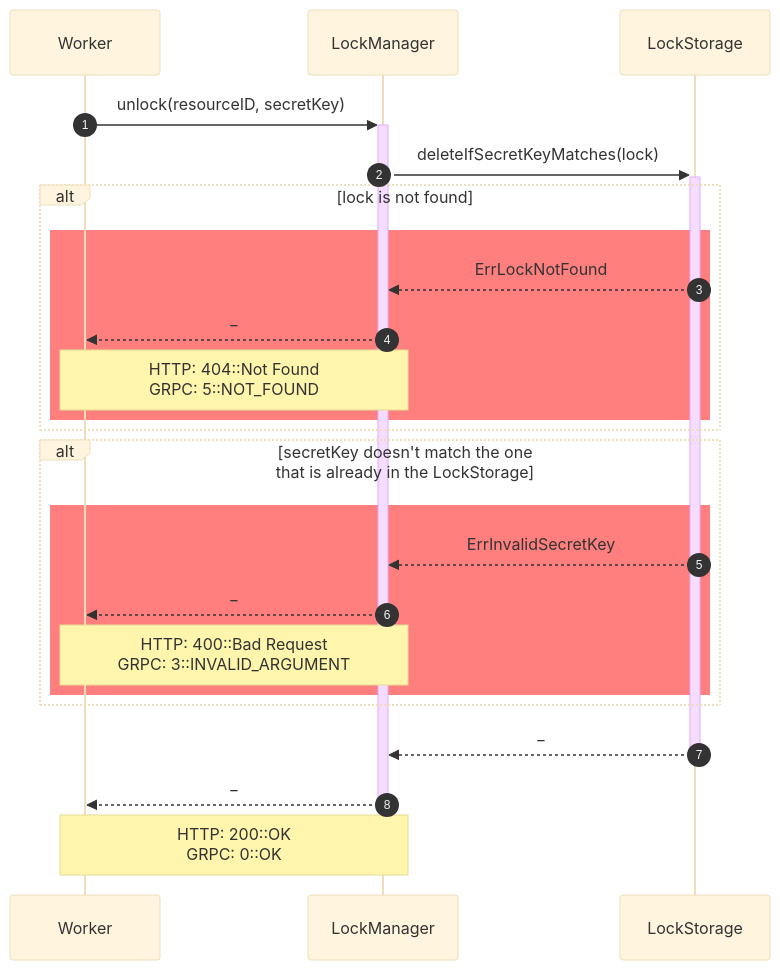
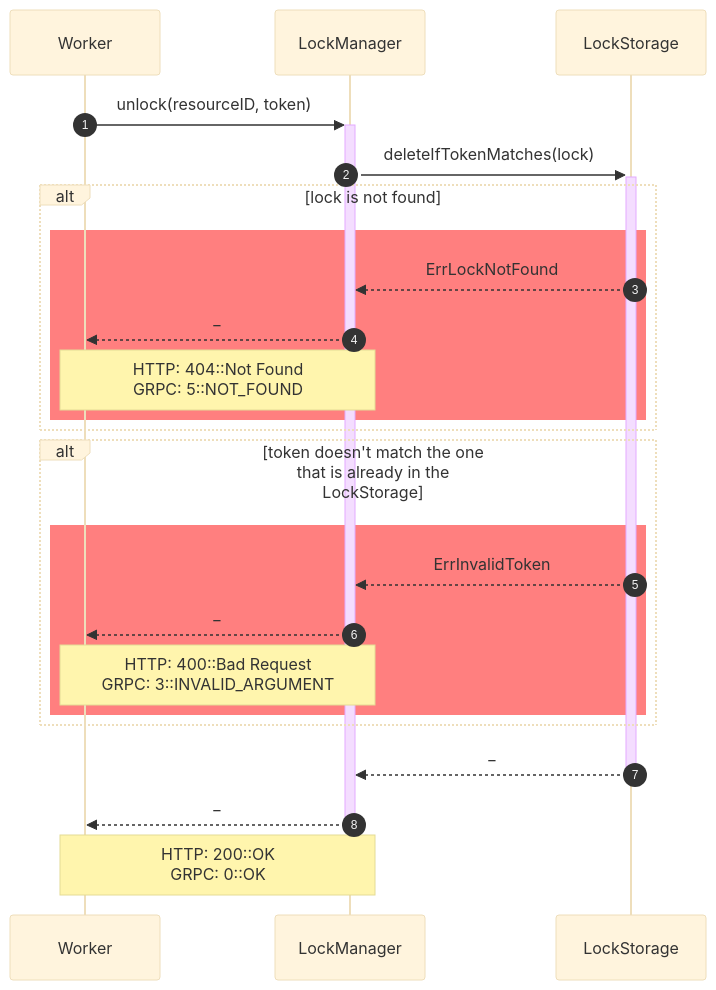
One commit to ruslanSorokin/lock-manager changed the diagram in docs/lock-manager/src/sequence/unlock.mmd. Above: the diagram before and after it, drawn with Mermaid (base theme). The commit also changed 3 other files, not shown here.

Commit message:
docs: rename secret key => token

```diff
--- a/docs/lock-manager/src/sequence/unlock.mmd
+++ b/docs/lock-manager/src/sequence/unlock.mmd
@@ -1,25 +1,25 @@
 sequenceDiagram
   autonumber
   participant w as Worker
   participant lm as LockManager
   participant ls as LockStorage
 
-  w->>+lm: unlock(resourceID, secretKey)
-  lm->>+ls: deleteIfSecretKeyMatches(lock)
+  w->>+lm: unlock(resourceID, token)
+  lm->>+ls: deleteIfTokenMatches(lock)
   alt lock is not found
     rect rgba(255, 0, 0, 0.5)
       ls-->>lm: ErrLockNotFound
       lm-->>w: _
       Note over w,lm: HTTP: 404::Not Found<br>GRPC: 5::NOT_FOUND
     end
   end
-  alt secretKey doesn't match the one that is already in the LockStorage
+  alt token doesn't match the one that is already in the LockStorage
     rect rgba(255, 0, 0, 0.5)
-      ls-->>lm: ErrInvalidSecretKey
+      ls-->>lm: ErrInvalidToken
       lm-->>w: _
       Note over w,lm: HTTP: 400::Bad Request<br>GRPC: 3::INVALID_ARGUMENT
     end
   end
   ls-->>-lm: _
   lm-->>-w: _
   Note over w,lm: HTTP: 200::OK<br>GRPC: 0::OK
```
